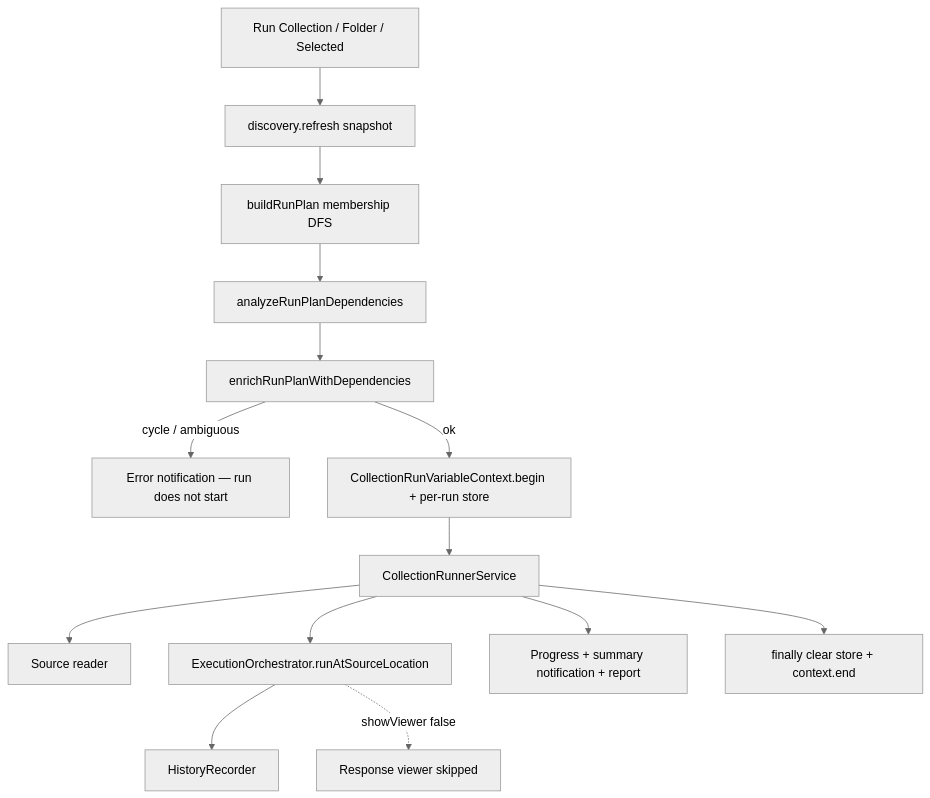
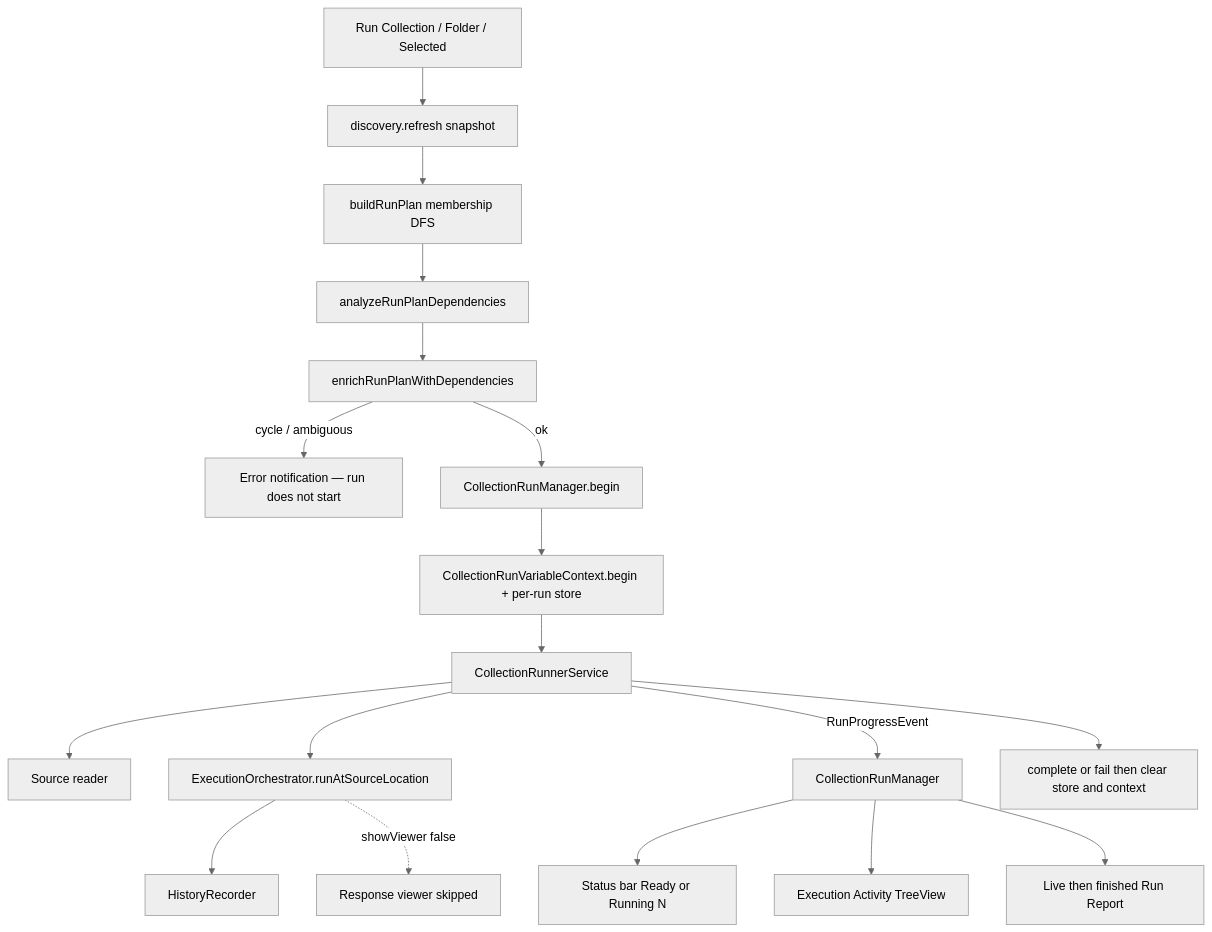
One commit to AnkitSemwal007/API-Hero changed the diagram in docs/architecture/collection-runner.md. Above: the diagram before and after it, drawn with Mermaid (neutral theme). The commit also changed other lines of this file and 36 other files, not shown here.

````diff
--- a/docs/architecture/collection-runner.md
+++ b/docs/architecture/collection-runner.md
@@ -123,16 +129,20 @@
 ```mermaid
 flowchart TB
   CMD[Run Collection / Folder / Selected] --> REFRESH[discovery.refresh snapshot]
   REFRESH --> PLAN[buildRunPlan membership DFS]
   PLAN --> ANALYZE[analyzeRunPlanDependencies]
   ANALYZE --> ENRICH[enrichRunPlanWithDependencies]
   ENRICH -->|cycle / ambiguous| BLOCK[Error notification — run does not start]
-  ENRICH -->|ok| BEGIN[CollectionRunVariableContext.begin + per-run store]
-  BEGIN --> RUN[CollectionRunnerService]
+  ENRICH -->|ok| BEGIN[CollectionRunManager.begin]
+  BEGIN --> CTX[CollectionRunVariableContext.begin + per-run store]
+  CTX --> RUN[CollectionRunnerService]
   RUN --> SRC[Source reader]
   RUN --> ORCH[ExecutionOrchestrator.runAtSourceLocation]
   ORCH --> HIST[HistoryRecorder]
   ORCH -.->|showViewer false| VIEW[Response viewer skipped]
-  RUN --> UI[Progress + summary notification + report]
-  RUN --> END[finally clear store + context.end]
+  RUN -->|RunProgressEvent| CRM[CollectionRunManager]
+  CRM --> SB[Status bar Ready or Running N]
+  CRM --> ACT[Execution Activity TreeView]
+  CRM --> RPT[Live then finished Run Report]
+  RUN --> END[complete or fail then clear store and context]
 ```
````
